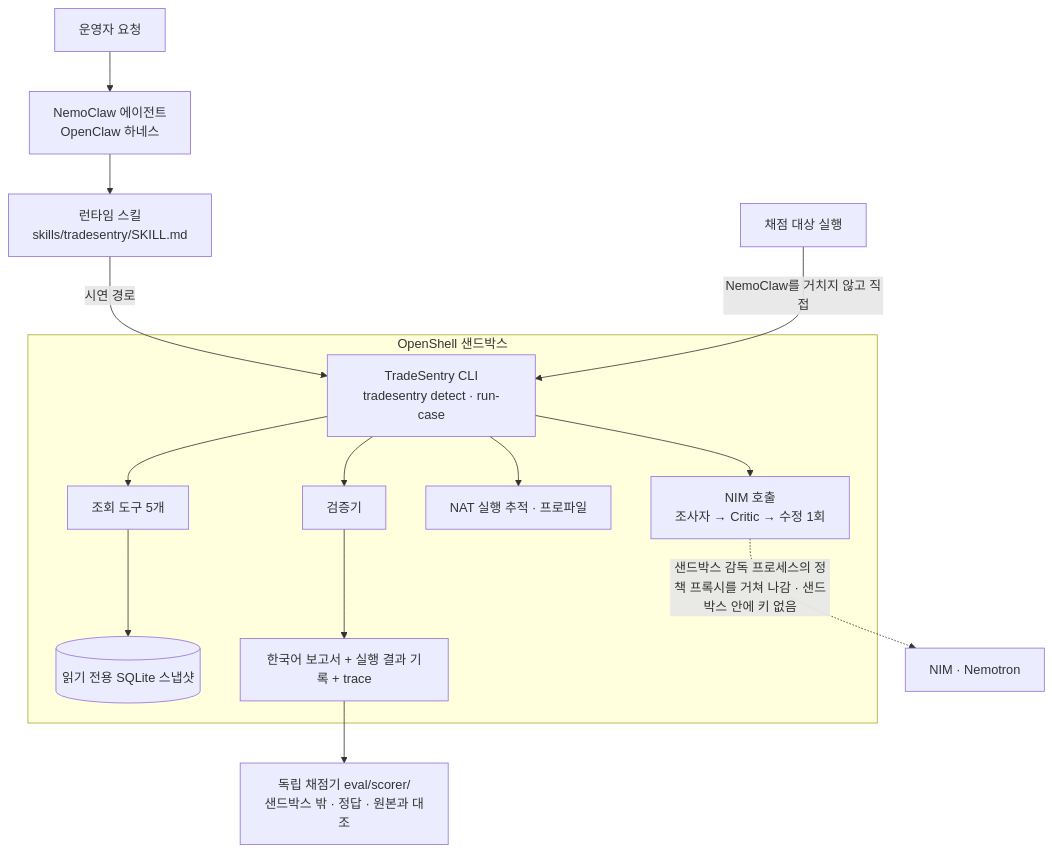
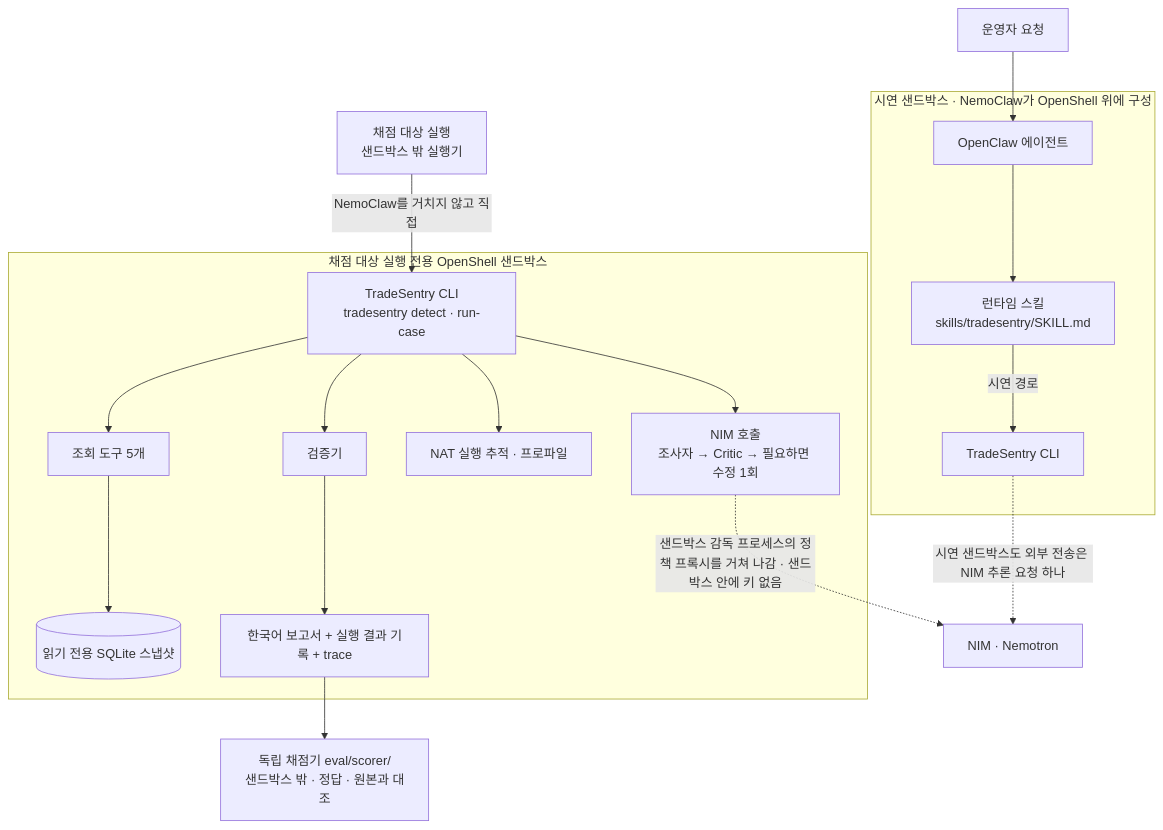
The second of 6 diagrams in README.md (JoeHwangHee/nvidia-hackathon-2026), drawn with Mermaid before and after one commit. The commit also changed other lines of this file and 1 other file, not shown here.

First line of the commit message:
docs(RDM1): 독립 검토 반영 — 조사 순서 그림을 코드·개발 플랜 6.7절에 맞춤(처음 두 조회·근거 확인은 코드, 모델용 도구 4개, 수정은 필요할 때), 시연·채점 샌드박스 분리 표시, 범례와 조회 선, 도구 서술 정확화 + status

````diff
--- a/README.md
+++ b/README.md
@@ -82,22 +83,26 @@
 ```mermaid
 flowchart TD
-  OP["운영자 요청"] --> NC["NemoClaw 에이전트<br/>OpenClaw 하네스"]
-  NC --> SK["런타임 스킬<br/>skills/tradesentry/SKILL.md"]
-  SK -->|"시연 경로"| CLI
-  SCO["채점 대상 실행"] -->|"NemoClaw를 거치지 않고 직접"| CLI
-  subgraph SB["OpenShell 샌드박스"]
+  OP["운영자 요청"] --> NC
+  subgraph SBD["시연 샌드박스 · NemoClaw가 OpenShell 위에 구성"]
+    NC["OpenClaw 에이전트"] --> SK["런타임 스킬<br/>skills/tradesentry/SKILL.md"]
+    SK -->|"시연 경로"| CLID["TradeSentry CLI"]
+  end
+  SCO["채점 대상 실행<br/>샌드박스 밖 실행기"] -->|"NemoClaw를 거치지 않고 직접"| CLI
+  subgraph SB["채점 대상 실행 전용 OpenShell 샌드박스"]
     CLI["TradeSentry CLI<br/>tradesentry detect · run-case"]
-    LOOP["NIM 호출<br/>조사자 → Critic → 수정 1회"]
+    LOOP["NIM 호출<br/>조사자 → Critic → 필요하면 수정 1회"]
     TOOLS["조회 도구 5개"]
     DB[("읽기 전용 SQLite 스냅샷")]
     NAT["NAT 실행 추적 · 프로파일"]
     VAL["검증기"]
     OUT["한국어 보고서 + 실행 결과 기록 + trace"]
     CLI --> LOOP
     CLI --> TOOLS --> DB
     CLI --> NAT
     CLI --> VAL --> OUT
   end
-  LOOP -.->|"샌드박스 감독 프로세스의 정책 프록시를 거쳐 나감 · 샌드박스 안에 키 없음"| NIM["NIM · Nemotron"]
+  NIM["NIM · Nemotron"]
+  LOOP -.->|"샌드박스 감독 프로세스의 정책 프록시를 거쳐 나감 · 샌드박스 안에 키 없음"| NIM
+  CLID -.->|"시연 샌드박스도 외부 전송은 NIM 추론 요청 하나"| NIM
   OUT --> SC["독립 채점기 eval/scorer/<br/>샌드박스 밖 · 정답 · 원본과 대조"]
 ```
````
